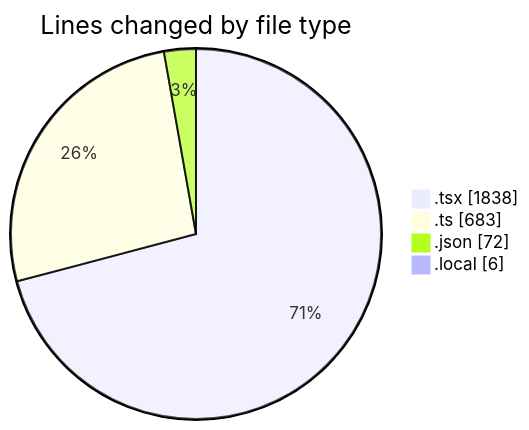
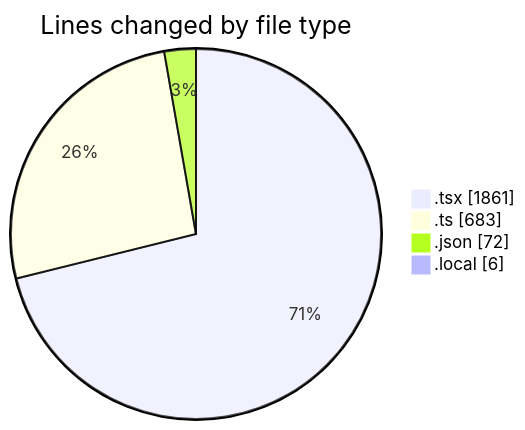
The first of 2 diagrams in 2025-10-21/eventscop-frontend-guide__workspace_/README.md (julien-gomy/code-tracking), drawn with Mermaid before and after one commit. The commit also changed other lines of this file and 1 other file, not shown here.

````diff
--- a/2025-10-21/eventscop-frontend-guide__workspace_/README.md
+++ b/2025-10-21/eventscop-frontend-guide__workspace_/README.md
@@ -50,8 +51,8 @@
 ```mermaid
 pie showData
 title Lines changed by file type
-".tsx" : 1838
+".tsx" : 1861
 ".ts" : 683
 ".json" : 72
 ".local" : 6
 ```
````
